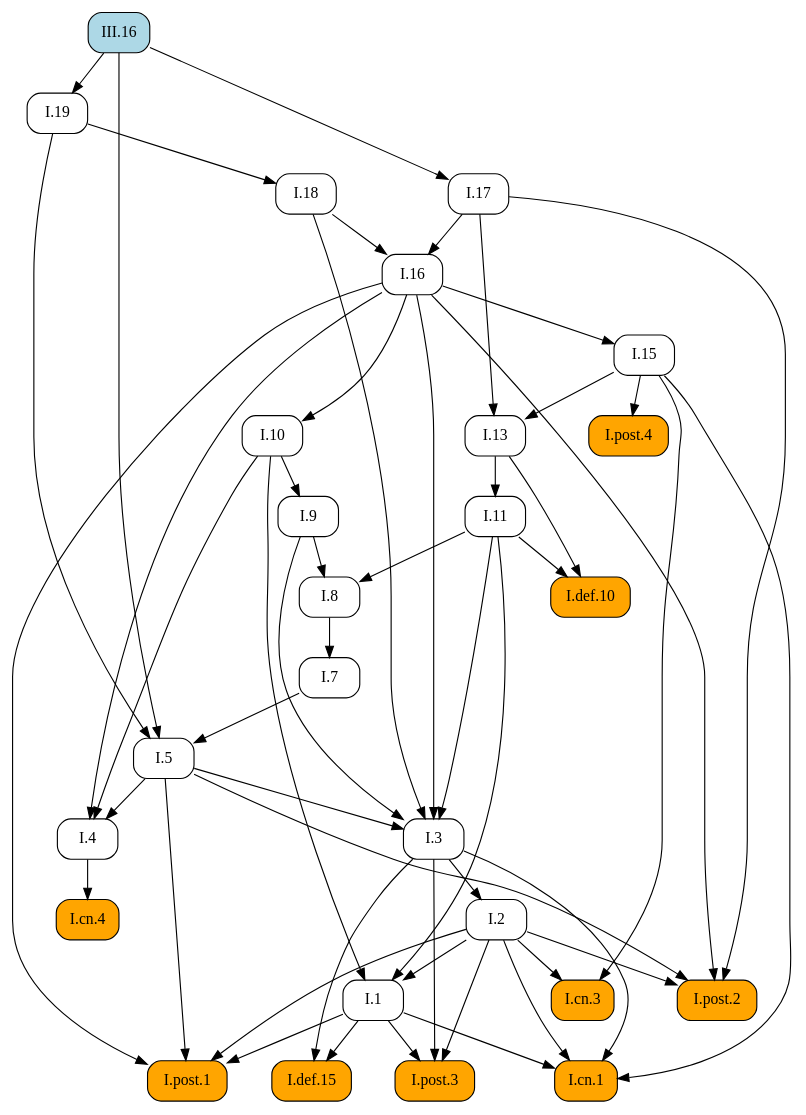
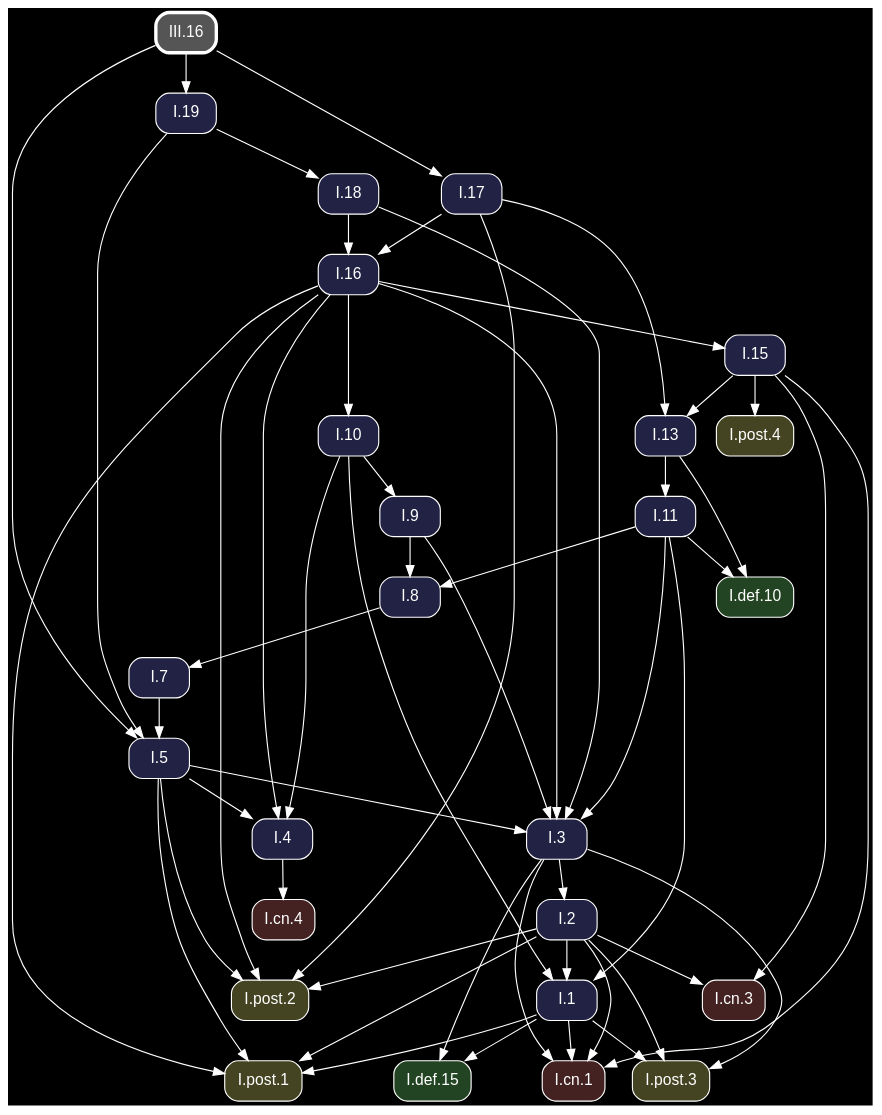
Before and after one commit to geometor/elements: the diagram in docsrc/heath/III/16/index.rst, drawn with Graphviz. The commit also changed other lines of this file and 1200 other files, not shown here.

Commit message:
update dependency graphs

```diff
--- a/docsrc/heath/III/16/index.rst
+++ b/docsrc/heath/III/16/index.rst
@@ -110,84 +110,86 @@
 .. graphviz::
 
    digraph {
+     bgcolor="black";
+     node [shape=box, style="rounded,filled", fontname="Helvetica", color="white", fontcolor="white"];
+     edge [color="white", fontcolor="white"];
      rankdir="TB";
-     node [shape=box, style=rounded];
-     "I.9" [URL="/heath/I/9/", target="_top"];
-     "I.cn.1" [style="rounded,filled", fillcolor=orange, URL="/heath/I/cn.1/", target="_top"];
-     "I.7" [URL="/heath/I/7/", target="_top"];
-     "I.2" [URL="/heath/I/2/", target="_top"];
-     "I.def.15" [style="rounded,filled", fillcolor=orange, URL="/heath/I/def.15/", target="_top"];
-     "I.13" [URL="/heath/I/13/", target="_top"];
-     "I.post.4" [style="rounded,filled", fillcolor=orange, URL="/heath/I/post.4/", target="_top"];
-     "I.4" [URL="/heath/I/4/", target="_top"];
-     "I.1" [URL="/heath/I/1/", target="_top"];
-     "I.post.3" [style="rounded,filled", fillcolor=orange, URL="/heath/I/post.3/", target="_top"];
-     "I.post.1" [style="rounded,filled", fillcolor=orange, URL="/heath/I/post.1/", target="_top"];
-     "I.5" [URL="/heath/I/5/", target="_top"];
-     "I.19" [URL="/heath/I/19/", target="_top"];
-     "I.17" [URL="/heath/I/17/", target="_top"];
-     "I.8" [URL="/heath/I/8/", target="_top"];
-     "I.cn.3" [style="rounded,filled", fillcolor=orange, URL="/heath/I/cn.3/", target="_top"];
-     "I.16" [URL="/heath/I/16/", target="_top"];
-     "III.16" [style="rounded,filled", fillcolor=lightblue, URL="/heath/III/16/", target="_top"];
-     "I.def.10" [style="rounded,filled", fillcolor=orange, URL="/heath/I/def.10/", target="_top"];
-     "I.18" [URL="/heath/I/18/", target="_top"];
-     "I.15" [URL="/heath/I/15/", target="_top"];
-     "I.10" [URL="/heath/I/10/", target="_top"];
-     "I.11" [URL="/heath/I/11/", target="_top"];
-     "I.cn.4" [style="rounded,filled", fillcolor=orange, URL="/heath/I/cn.4/", target="_top"];
-     "I.post.2" [style="rounded,filled", fillcolor=orange, URL="/heath/I/post.2/", target="_top"];
-     "I.3" [URL="/heath/I/3/", target="_top"];
-     "I.10" -> "I.9";
-     "I.1" -> "I.cn.1";
-     "I.2" -> "I.cn.1";
-     "I.3" -> "I.cn.1";
-     "I.15" -> "I.cn.1";
-     "I.8" -> "I.7";
-     "I.3" -> "I.2";
-     "I.1" -> "I.def.15";
-     "I.3" -> "I.def.15";
-     "I.15" -> "I.13";
-     "I.17" -> "I.13";
-     "I.15" -> "I.post.4";
-     "I.5" -> "I.4";
-     "I.10" -> "I.4";
-     "I.16" -> "I.4";
-     "I.2" -> "I.1";
-     "I.10" -> "I.1";
-     "I.11" -> "I.1";
-     "I.1" -> "I.post.3";
-     "I.2" -> "I.post.3";
-     "I.3" -> "I.post.3";
-     "I.1" -> "I.post.1";
-     "I.2" -> "I.post.1";
-     "I.5" -> "I.post.1";
-     "I.16" -> "I.post.1";
-     "I.7" -> "I.5";
-     "I.19" -> "I.5";
-     "III.16" -> "I.5";
-     "III.16" -> "I.19";
-     "III.16" -> "I.17";
-     "I.9" -> "I.8";
-     "I.11" -> "I.8";
-     "I.2" -> "I.cn.3";
-     "I.15" -> "I.cn.3";
-     "I.17" -> "I.16";
-     "I.18" -> "I.16";
-     "I.11" -> "I.def.10";
-     "I.13" -> "I.def.10";
-     "I.19" -> "I.18";
-     "I.16" -> "I.15";
-     "I.16" -> "I.10";
-     "I.13" -> "I.11";
-     "I.4" -> "I.cn.4";
-     "I.2" -> "I.post.2";
-     "I.5" -> "I.post.2";
-     "I.16" -> "I.post.2";
-     "I.17" -> "I.post.2";
+     "I.3" [fillcolor="#222244", URL="/heath/I/3/", target="_top"];
+     "I.post.1" [fillcolor="#444422", URL="/heath/I/post.1/", target="_top"];
+     "I.cn.1" [fillcolor="#442222", URL="/heath/I/cn.1/", target="_top"];
+     "I.19" [fillcolor="#222244", URL="/heath/I/19/", target="_top"];
+     "I.def.10" [fillcolor="#224422", URL="/heath/I/def.10/", target="_top"];
+     "I.15" [fillcolor="#222244", URL="/heath/I/15/", target="_top"];
+     "I.11" [fillcolor="#222244", URL="/heath/I/11/", target="_top"];
+     "I.16" [fillcolor="#222244", URL="/heath/I/16/", target="_top"];
+     "I.cn.3" [fillcolor="#442222", URL="/heath/I/cn.3/", target="_top"];
+     "I.13" [fillcolor="#222244", URL="/heath/I/13/", target="_top"];
+     "I.2" [fillcolor="#222244", URL="/heath/I/2/", target="_top"];
+     "I.post.2" [fillcolor="#444422", URL="/heath/I/post.2/", target="_top"];
+     "I.cn.4" [fillcolor="#442222", URL="/heath/I/cn.4/", target="_top"];
+     "I.9" [fillcolor="#222244", URL="/heath/I/9/", target="_top"];
+     "I.1" [fillcolor="#222244", URL="/heath/I/1/", target="_top"];
+     "I.post.4" [fillcolor="#444422", URL="/heath/I/post.4/", target="_top"];
+     "III.16" [penwidth=3, color="white", fillcolor="#555555", URL="/heath/III/16/", target="_top"];
+     "I.8" [fillcolor="#222244", URL="/heath/I/8/", target="_top"];
+     "I.4" [fillcolor="#222244", URL="/heath/I/4/", target="_top"];
+     "I.post.3" [fillcolor="#444422", URL="/heath/I/post.3/", target="_top"];
+     "I.18" [fillcolor="#222244", URL="/heath/I/18/", target="_top"];
+     "I.7" [fillcolor="#222244", URL="/heath/I/7/", target="_top"];
+     "I.def.15" [fillcolor="#224422", URL="/heath/I/def.15/", target="_top"];
+     "I.5" [fillcolor="#222244", URL="/heath/I/5/", target="_top"];
+     "I.17" [fillcolor="#222244", URL="/heath/I/17/", target="_top"];
+     "I.10" [fillcolor="#222244", URL="/heath/I/10/", target="_top"];
      "I.5" -> "I.3";
      "I.9" -> "I.3";
      "I.11" -> "I.3";
      "I.16" -> "I.3";
      "I.18" -> "I.3";
+     "I.1" -> "I.post.1";
+     "I.2" -> "I.post.1";
+     "I.5" -> "I.post.1";
+     "I.16" -> "I.post.1";
+     "I.1" -> "I.cn.1";
+     "I.2" -> "I.cn.1";
+     "I.3" -> "I.cn.1";
+     "I.15" -> "I.cn.1";
+     "III.16" -> "I.19";
+     "I.11" -> "I.def.10";
+     "I.13" -> "I.def.10";
+     "I.16" -> "I.15";
+     "I.13" -> "I.11";
+     "I.17" -> "I.16";
+     "I.18" -> "I.16";
+     "I.2" -> "I.cn.3";
+     "I.15" -> "I.cn.3";
+     "I.15" -> "I.13";
+     "I.17" -> "I.13";
+     "I.3" -> "I.2";
+     "I.2" -> "I.post.2";
+     "I.5" -> "I.post.2";
+     "I.16" -> "I.post.2";
+     "I.17" -> "I.post.2";
+     "I.4" -> "I.cn.4";
+     "I.10" -> "I.9";
+     "I.2" -> "I.1";
+     "I.10" -> "I.1";
+     "I.11" -> "I.1";
+     "I.15" -> "I.post.4";
+     "I.9" -> "I.8";
+     "I.11" -> "I.8";
+     "I.5" -> "I.4";
+     "I.10" -> "I.4";
+     "I.16" -> "I.4";
+     "I.1" -> "I.post.3";
+     "I.2" -> "I.post.3";
+     "I.3" -> "I.post.3";
+     "I.19" -> "I.18";
+     "I.8" -> "I.7";
+     "I.1" -> "I.def.15";
+     "I.3" -> "I.def.15";
+     "I.7" -> "I.5";
+     "I.19" -> "I.5";
+     "III.16" -> "I.5";
+     "III.16" -> "I.17";
+     "I.16" -> "I.10";
    }
```
